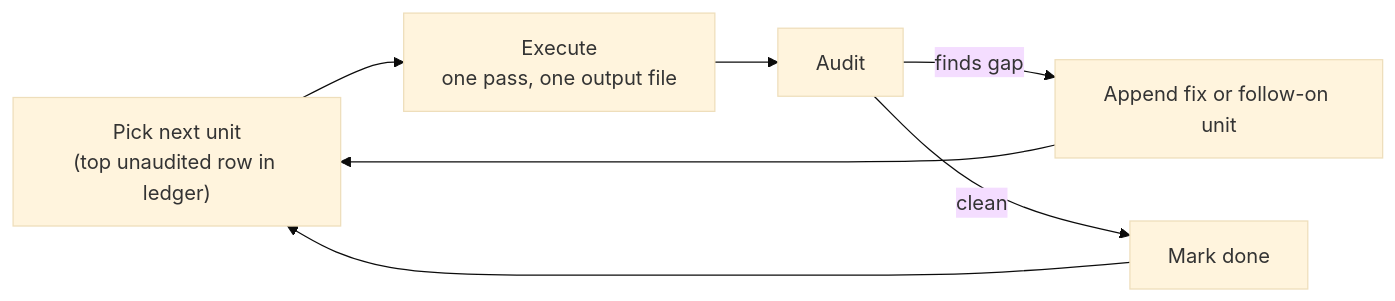
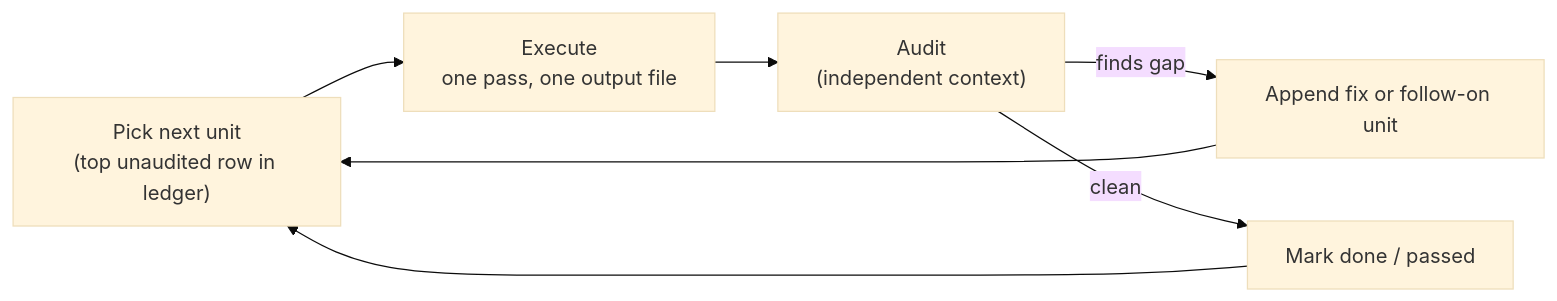
Before and after one commit to RohitDashora/gotm-framework-for-agentic-development: the second of 2 diagrams in docs/01-what-is-gotm.md, drawn with Mermaid (base theme). The commit also changed other lines of this file and 12 other files, not shown here.

````diff
--- a/docs/01-what-is-gotm.md
+++ b/docs/01-what-is-gotm.md
@@ -63,9 +63,9 @@
 ```mermaid
 flowchart LR
     Pick["Pick next unit<br/>(top unaudited row in ledger)"] --> Execute["Execute<br/>one pass, one output file"]
-    Execute --> Audit
+    Execute --> Audit["Audit<br/>(independent context)"]
     Audit -->|finds gap| Append["Append fix or follow-on unit"]
-    Audit -->|clean| Done["Mark done"]
+    Audit -->|clean| Done["Mark done / passed"]
     Append --> Pick
     Done --> Pick
 ```
````
